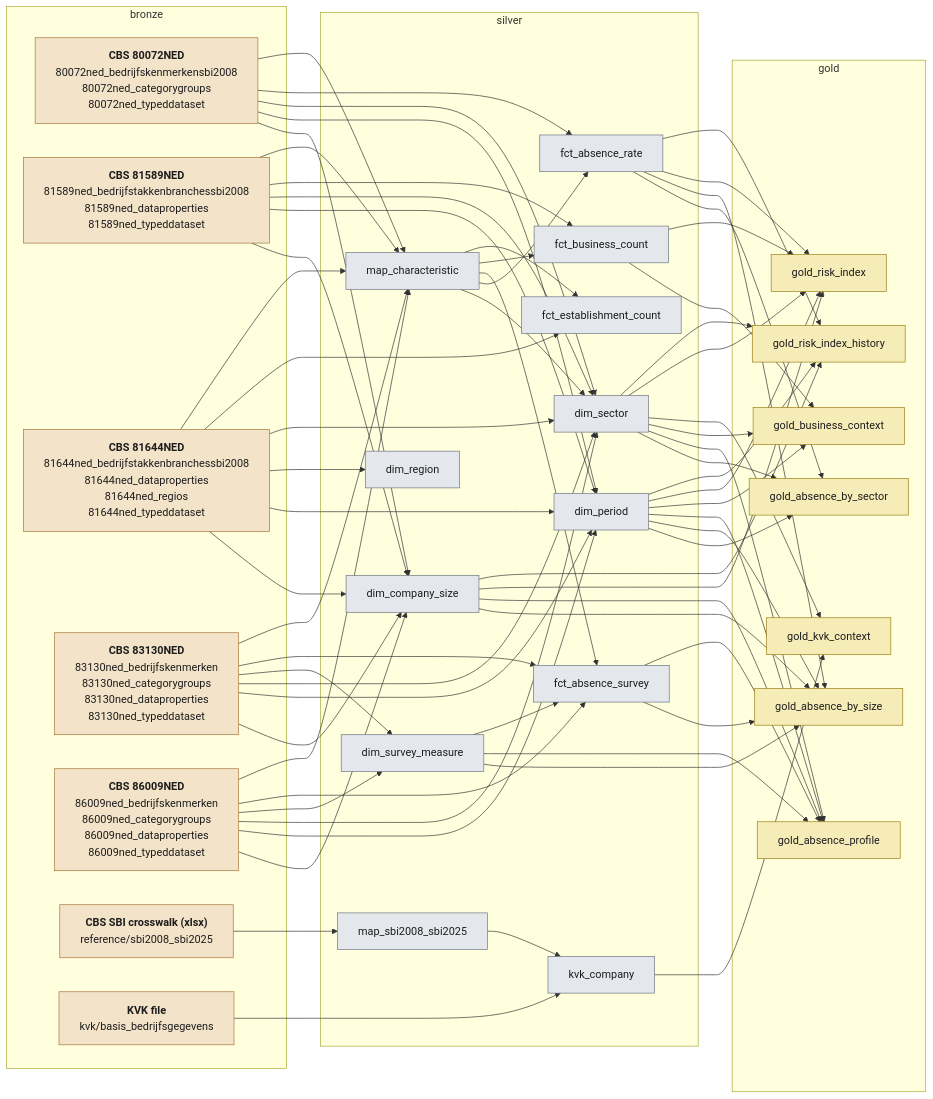
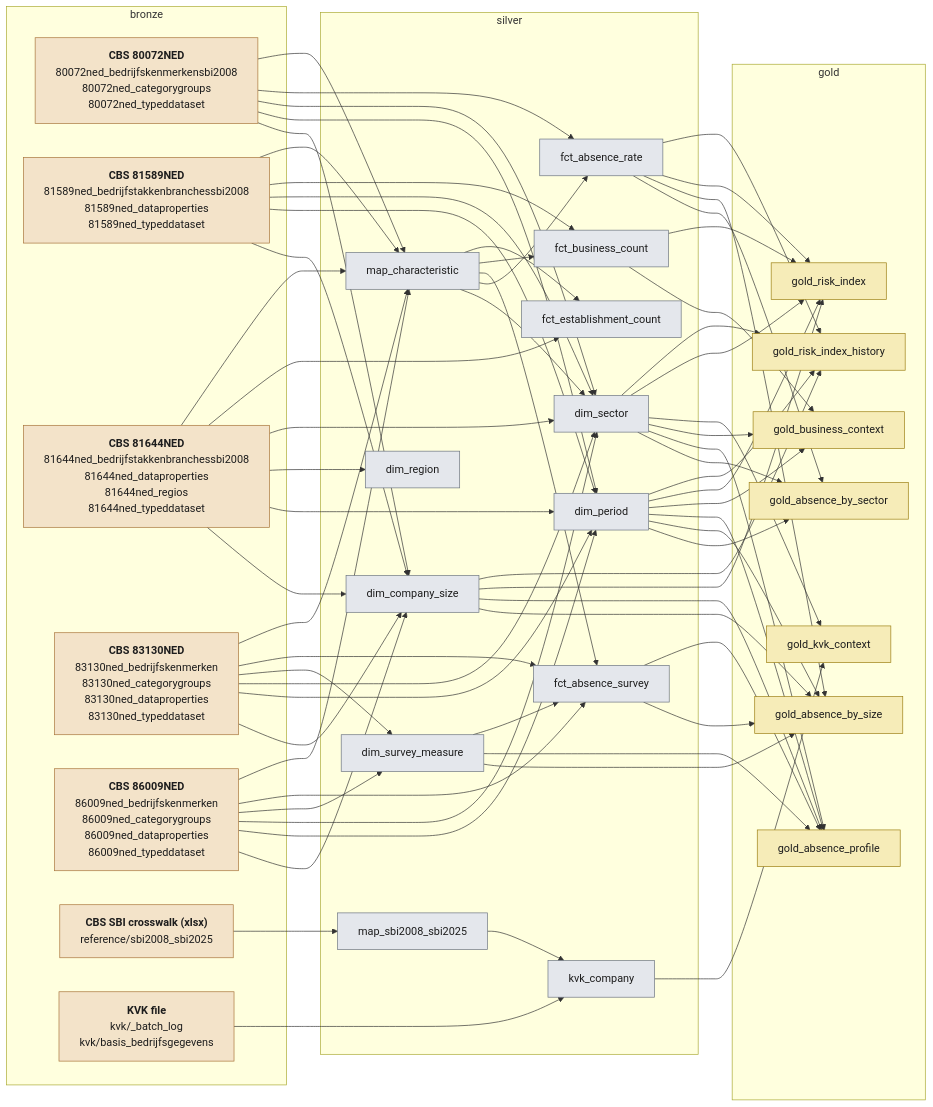
Before and after one commit to stefancodecommit/AOV_Lakehouse: the first of 20 diagrams in docs/lineage.md, drawn with Mermaid. The commit also changed other lines of this file and 23 other files, not shown here.

```diff
--- a/docs/lineage.md
+++ b/docs/lineage.md
@@ -27,7 +27,7 @@
     n_source_CBS_83130NED["<b>CBS 83130NED</b><br/>83130ned_bedrijfskenmerken<br/>83130ned_categorygroups<br/>83130ned_dataproperties<br/>83130ned_typeddataset"]:::bronze
     n_source_CBS_86009NED["<b>CBS 86009NED</b><br/>86009ned_bedrijfskenmerken<br/>86009ned_categorygroups<br/>86009ned_dataproperties<br/>86009ned_typeddataset"]:::bronze
     n_source_CBS_SBI_crosswalk__xlsx_["<b>CBS SBI crosswalk (xlsx)</b><br/>reference/sbi2008_sbi2025"]:::bronze
-    n_source_KVK_file["<b>KVK file</b><br/>kvk/basis_bedrijfsgegevens"]:::bronze
+    n_source_KVK_file["<b>KVK file</b><br/>kvk/_batch_log<br/>kvk/basis_bedrijfsgegevens"]:::bronze
   end
   subgraph silver_layer["silver"]
     n_silver_map_characteristic["map_characteristic"]:::silver
```
